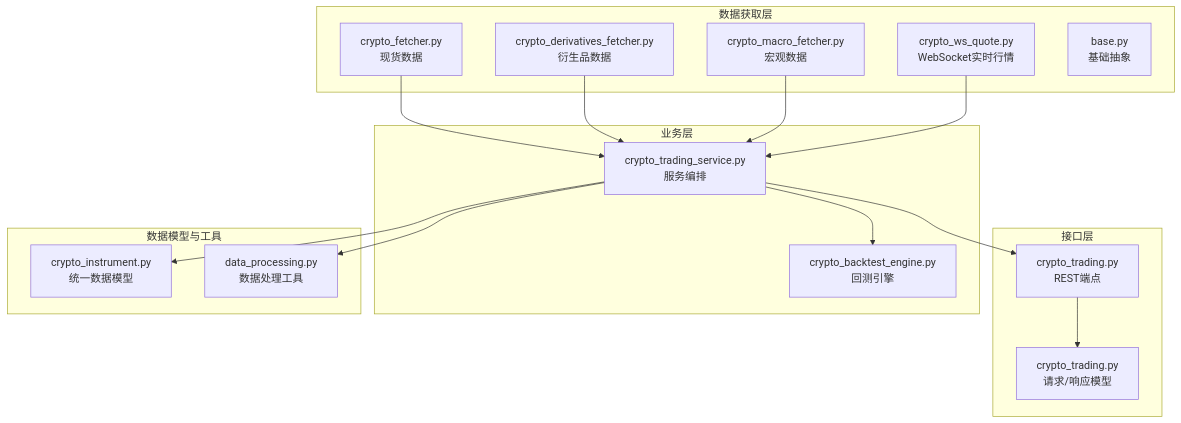
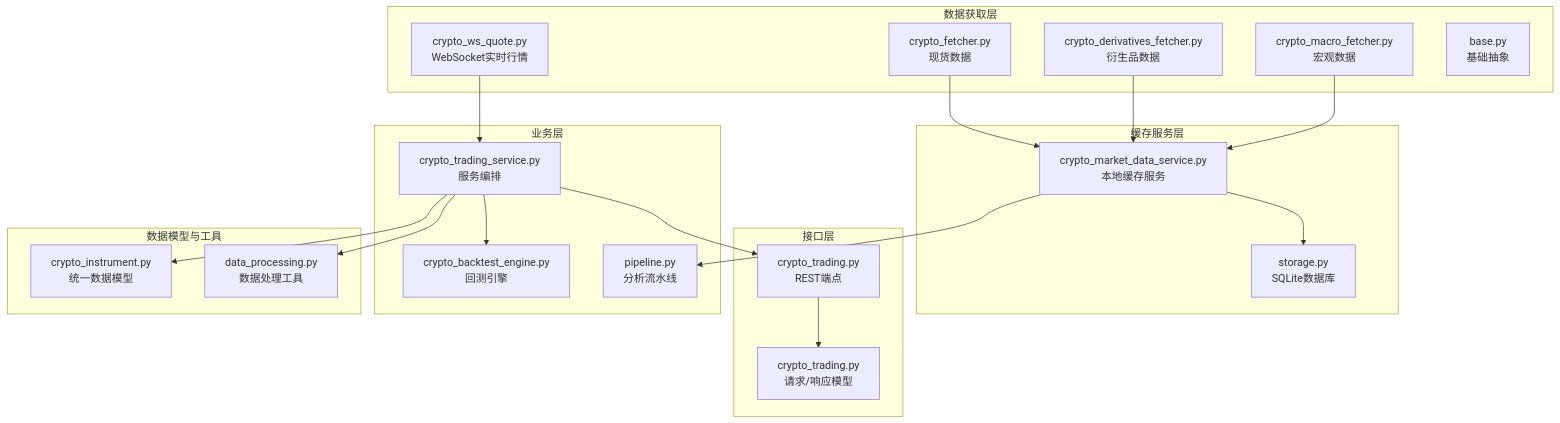
Before and after one commit to anYaoooo/daily_stock_analysis: the first of 12 diagrams in .qoder/repowiki/zh/content/数据源集成/加密货币数据源.md, drawn with Mermaid. The commit also changed other lines of this file and 29 other files, not shown here.

````diff
--- a/.qoder/repowiki/zh/content/数据源集成/加密货币数据源.md
+++ b/.qoder/repowiki/zh/content/数据源集成/加密货币数据源.md
@@ -47,31 +62,38 @@
 ```mermaid
 graph TB
 subgraph "数据获取层"
 CF["crypto_fetcher.py<br/>现货数据"]
 CDF["crypto_derivatives_fetcher.py<br/>衍生品数据"]
 CMF["crypto_macro_fetcher.py<br/>宏观数据"]
 WSQ["crypto_ws_quote.py<br/>WebSocket实时行情"]
 BASE["base.py<br/>基础抽象"]
 end
+subgraph "缓存服务层"
+CMD["crypto_market_data_service.py<br/>本地缓存服务"]
+DB["storage.py<br/>SQLite数据库"]
+end
 subgraph "接口层"
 API["crypto_trading.py<br/>REST端点"]
 SCHEMA["crypto_trading.py<br/>请求/响应模型"]
 end
 subgraph "业务层"
 SVC["crypto_trading_service.py<br/>服务编排"]
 ENGINE["crypto_backtest_engine.py<br/>回测引擎"]
+PIPELINE["pipeline.py<br/>分析流水线"]
 end
 subgraph "数据模型与工具"
 MODEL["crypto_instrument.py<br/>统一数据模型"]
 UTILS["data_processing.py<br/>数据处理工具"]
 end
-CF --> SVC
-CDF --> SVC
-CMF --> SVC
+CF --> CMD
+CDF --> CMD
+CMF --> CMD
 WSQ --> SVC
+CMD --> DB
+CMD --> PIPELINE
 SVC --> API
 SVC --> ENGINE
 SVC --> MODEL
 SVC --> UTILS
 API --> SCHEMA
 ```
````
